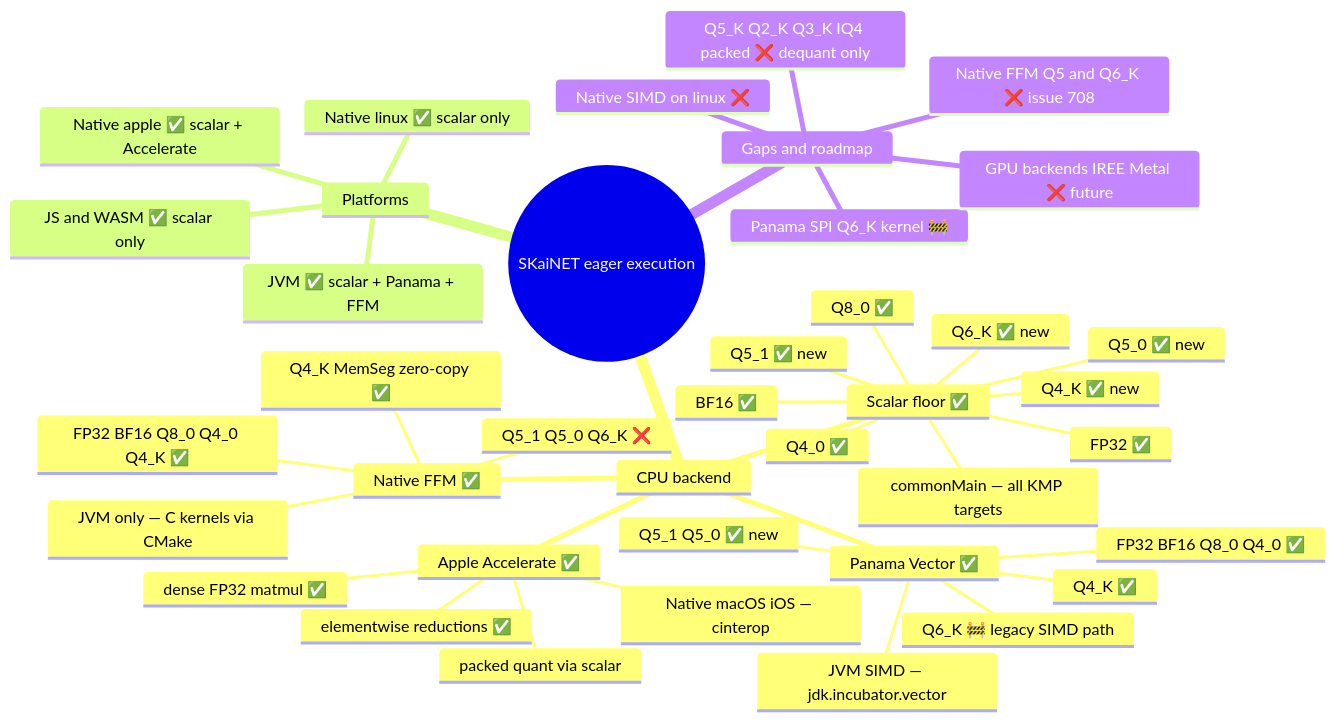
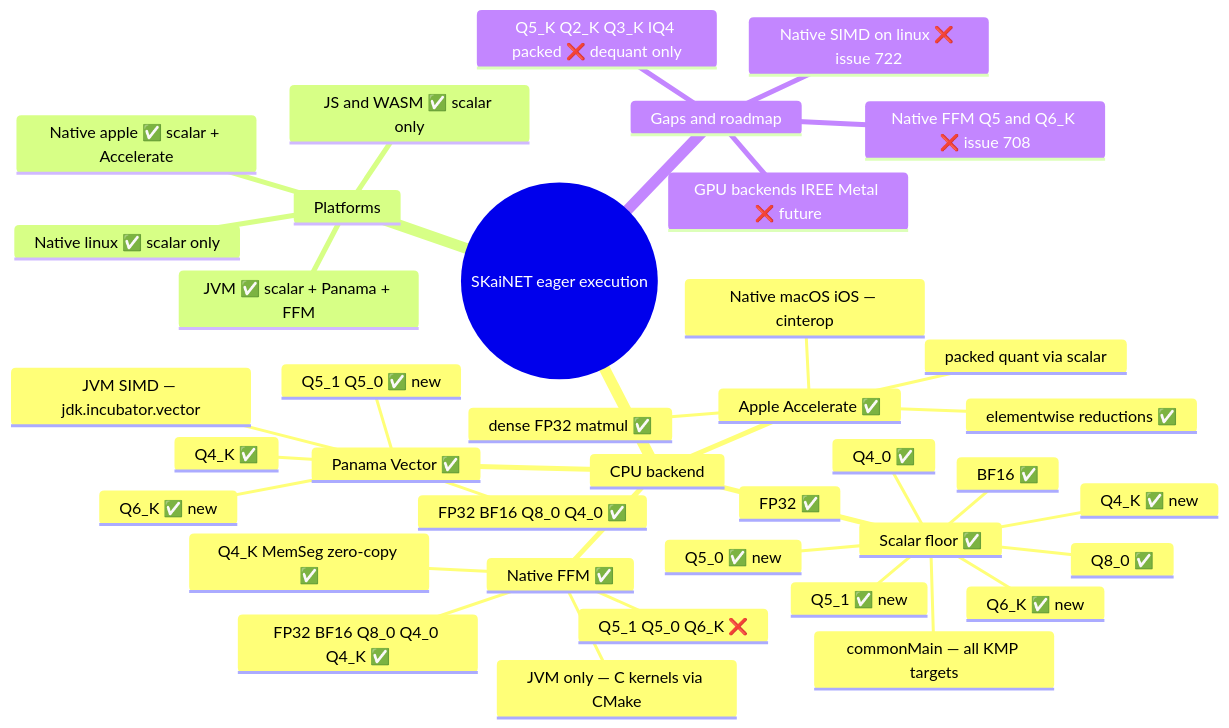
The diagram in docs/eager-execution-backends-and-kernels.md (SKaiNET-developers/SKaiNET), drawn with Mermaid before and after one commit. The commit also changed other lines of this file, not shown here.

Commit message:
docs: refresh eager-kernels mindmap after Panama Q6_K (#720)
The hand-authored mindmap drifted: Q6_K Panama is now a first-class SPI kernel
(PanamaVectorQ6_KMatmulKernel, #720), not the legacy "🚧 legacy SIMD path".
Flip Q6_K Panama to ✅ in the mindmap + table, drop the now-done "Panama SPI Q6_K"
gap entry, and point the linux-native-SIMD gap at its tracker (#722). The
auto-generated kernel-support-matrix.md already reflected this (it's CI-gated);
this fixes the hand-authored companion.

````diff
--- a/docs/eager-execution-backends-and-kernels.md
+++ b/docs/eager-execution-backends-and-kernels.md
@@ -10,42 +10,41 @@
 ```mermaid
 mindmap
   root((SKaiNET eager execution))
     CPU backend
       Scalar floor ✅
         commonMain — all KMP targets
         FP32 ✅
         BF16 ✅
         Q8_0 ✅
         Q4_0 ✅
         Q4_K ✅ new
         Q6_K ✅ new
         Q5_1 ✅ new
         Q5_0 ✅ new
       Panama Vector ✅
         JVM SIMD — jdk.incubator.vector
         FP32 BF16 Q8_0 Q4_0 ✅
         Q4_K ✅
         Q5_1 Q5_0 ✅ new
-        Q6_K 🚧 legacy SIMD path
+        Q6_K ✅ new
       Native FFM ✅
         JVM only — C kernels via CMake
         FP32 BF16 Q8_0 Q4_0 Q4_K ✅
         Q4_K MemSeg zero-copy ✅
         Q5_1 Q5_0 Q6_K ❌
       Apple Accelerate ✅
         Native macOS iOS — cinterop
         dense FP32 matmul ✅
         elementwise reductions ✅
         packed quant via scalar
     Platforms
       JVM ✅ scalar + Panama + FFM
       Native linux ✅ scalar only
       Native apple ✅ scalar + Accelerate
       JS and WASM ✅ scalar only
     Gaps and roadmap
       Native FFM Q5 and Q6_K ❌ issue 708
-      Native SIMD on linux ❌
-      Panama SPI Q6_K kernel 🚧
+      Native SIMD on linux ❌ issue 722
       Q5_K Q2_K Q3_K IQ4 packed ❌ dequant only
       GPU backends IREE Metal ❌ future
 ```
````
